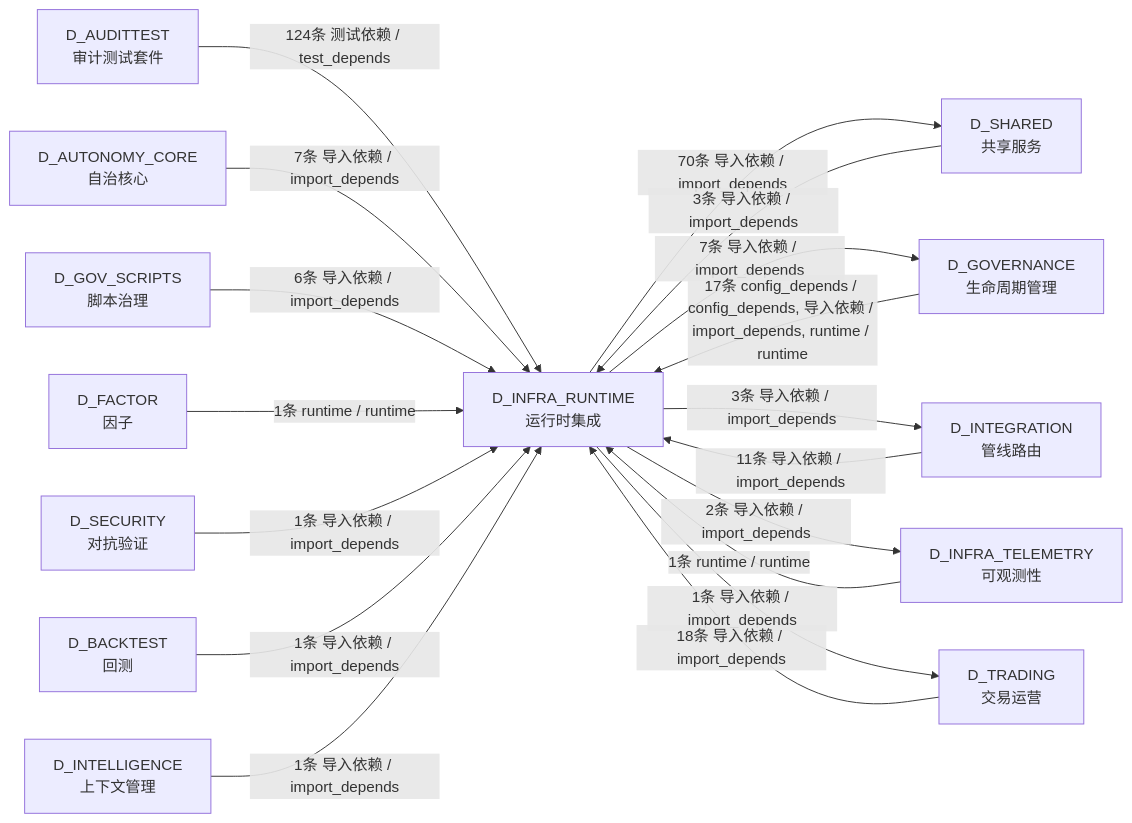
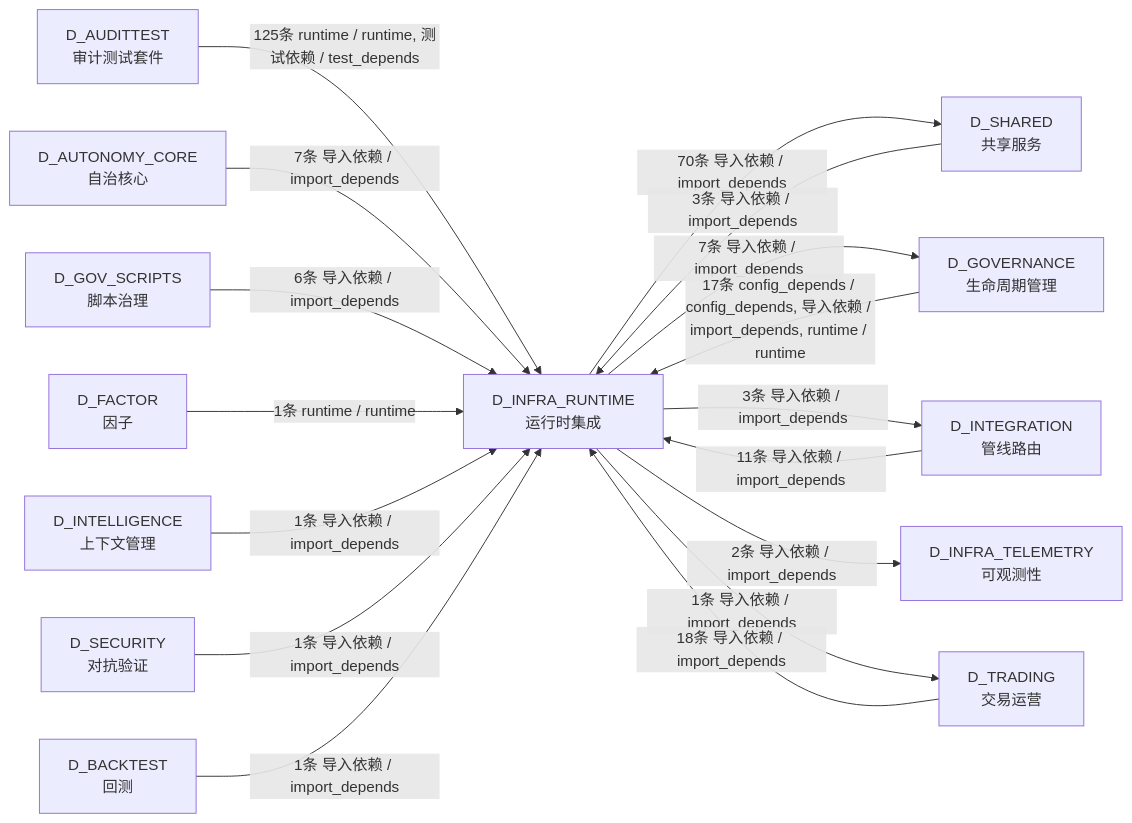
Before and after one commit to xuanFelixVan/ZephyrAlpha: the eighth of 8 diagrams in docs/02_enterprise_architecture/02_domain_architecture_docs/04_d_infra_runtime.md, drawn with Mermaid. The commit also changed other lines of this file and 100 other files, not shown here.

````diff
--- a/docs/02_enterprise_architecture/02_domain_architecture_docs/04_d_infra_runtime.md
+++ b/docs/02_enterprise_architecture/02_domain_architecture_docs/04_d_infra_runtime.md
@@ -1262,33 +1263,32 @@
 ```mermaid
 graph LR
     D_INFRA_RUNTIME["D_INFRA_RUNTIME<br/>运行时集成"]
     D_SHARED["D_SHARED<br/>共享服务"]
     D_GOVERNANCE["D_GOVERNANCE<br/>生命周期管理"]
     D_INTEGRATION["D_INTEGRATION<br/>管线路由"]
     D_INFRA_TELEMETRY["D_INFRA_TELEMETRY<br/>可观测性"]
     D_TRADING["D_TRADING<br/>交易运营"]
     D_AUDITTEST["D_AUDITTEST<br/>审计测试套件"]
     D_AUTONOMY_CORE["D_AUTONOMY_CORE<br/>自治核心"]
     D_GOV_SCRIPTS["D_GOV_SCRIPTS<br/>脚本治理"]
     D_FACTOR["D_FACTOR<br/>因子"]
+    D_INTELLIGENCE["D_INTELLIGENCE<br/>上下文管理"]
     D_SECURITY["D_SECURITY<br/>对抗验证"]
     D_BACKTEST["D_BACKTEST<br/>回测"]
-    D_INTELLIGENCE["D_INTELLIGENCE<br/>上下文管理"]
     D_INFRA_RUNTIME -->|70条 导入依赖 / import_depends| D_SHARED
     D_INFRA_RUNTIME -->|7条 导入依赖 / import_depends| D_GOVERNANCE
     D_INFRA_RUNTIME -->|3条 导入依赖 / import_depends| D_INTEGRATION
     D_INFRA_RUNTIME -->|2条 导入依赖 / import_depends| D_INFRA_TELEMETRY
     D_INFRA_RUNTIME -->|1条 导入依赖 / import_depends| D_TRADING
-    D_AUDITTEST -->|124条 测试依赖 / test_depends| D_INFRA_RUNTIME
+    D_AUDITTEST -->|125条 runtime / runtime, 测试依赖 / test_depends| D_INFRA_RUNTIME
     D_TRADING -->|18条 导入依赖 / import_depends| D_INFRA_RUNTIME
     D_GOVERNANCE -->|17条 config_depends / config_depends, 导入依赖 / import_depends, runtime / runtime| D_INFRA_RUNTIME
     D_INTEGRATION -->|11条 导入依赖 / import_depends| D_INFRA_RUNTIME
     D_AUTONOMY_CORE -->|7条 导入依赖 / import_depends| D_INFRA_RUNTIME
     D_GOV_SCRIPTS -->|6条 导入依赖 / import_depends| D_INFRA_RUNTIME
     D_SHARED -->|3条 导入依赖 / import_depends| D_INFRA_RUNTIME
     D_FACTOR -->|1条 runtime / runtime| D_INFRA_RUNTIME
+    D_INTELLIGENCE -->|1条 导入依赖 / import_depends| D_INFRA_RUNTIME
     D_SECURITY -->|1条 导入依赖 / import_depends| D_INFRA_RUNTIME
     D_BACKTEST -->|1条 导入依赖 / import_depends| D_INFRA_RUNTIME
-    D_INTELLIGENCE -->|1条 导入依赖 / import_depends| D_INFRA_RUNTIME
-    D_INFRA_TELEMETRY -->|1条 runtime / runtime| D_INFRA_RUNTIME
 ```
````
